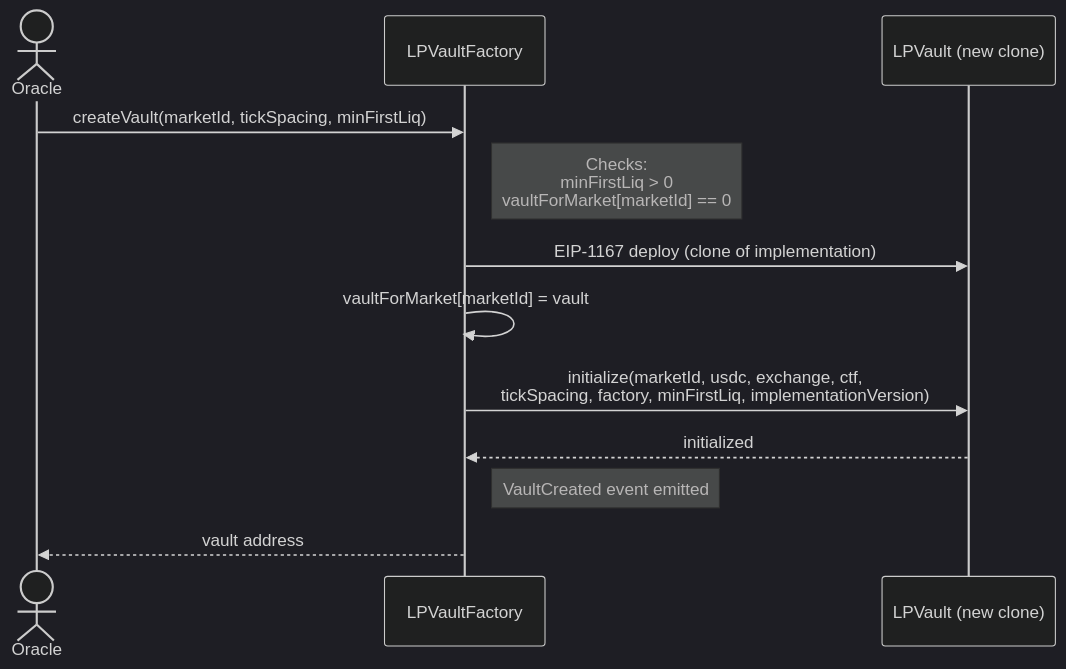
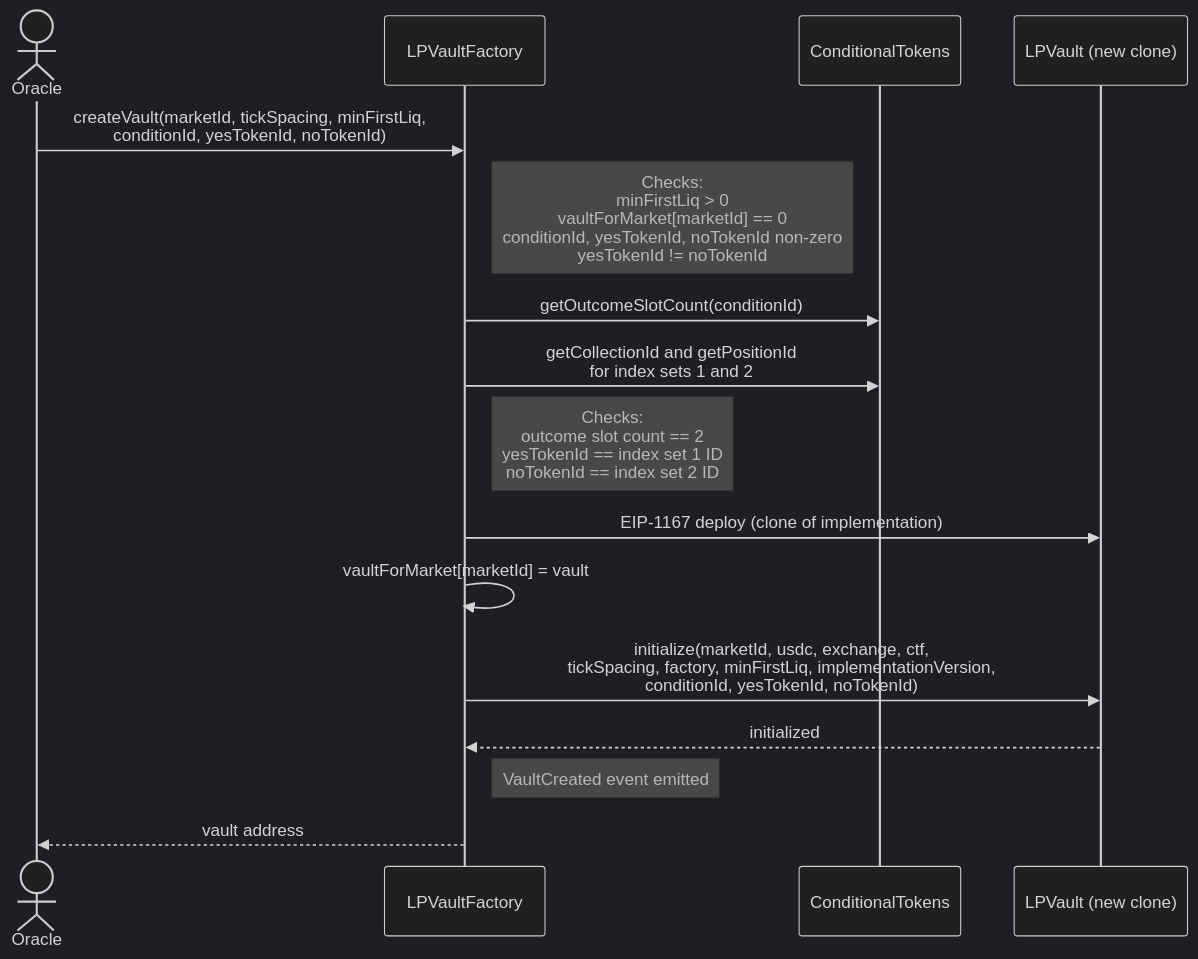
Before and after one commit to ProphetMarket/lp-vaults: the second of 26 diagrams in REFERENCE.md, drawn with Mermaid (dark theme). The commit also changed other lines of this file and 3 other files, not shown here.

First line of the commit message:
chore (vault): Document the token identity and update the plan for R2

````diff
--- a/REFERENCE.md
+++ b/REFERENCE.md
@@ -83,15 +89,19 @@
 ```mermaid
 sequenceDiagram
     actor Oracle
     participant Factory as LPVaultFactory
+    participant CT as ConditionalTokens
     participant Vault as LPVault (new clone)
 
-    Oracle->>Factory: createVault(marketId, tickSpacing, minFirstLiq)
-    Note right of Factory: Checks:<br/>minFirstLiq > 0<br/>vaultForMarket[marketId] == 0
+    Oracle->>Factory: createVault(marketId, tickSpacing, minFirstLiq,<br/>conditionId, yesTokenId, noTokenId)
+    Note right of Factory: Checks:<br/>minFirstLiq > 0<br/>vaultForMarket[marketId] == 0<br/>conditionId, yesTokenId, noTokenId non-zero<br/>yesTokenId != noTokenId
+    Factory->>CT: getOutcomeSlotCount(conditionId)
+    Factory->>CT: getCollectionId and getPositionId<br/>for index sets 1 and 2
+    Note right of Factory: Checks:<br/>outcome slot count == 2<br/>yesTokenId == index set 1 ID<br/>noTokenId == index set 2 ID
     Factory->>Vault: EIP-1167 deploy (clone of implementation)
     Factory->>Factory: vaultForMarket[marketId] = vault
-    Factory->>Vault: initialize(marketId, usdc, exchange, ctf,<br/>tickSpacing, factory, minFirstLiq, implementationVersion)
+    Factory->>Vault: initialize(marketId, usdc, exchange, ctf,<br/>tickSpacing, factory, minFirstLiq, implementationVersion,<br/>conditionId, yesTokenId, noTokenId)
     Vault-->>Factory: initialized
     Note right of Factory: VaultCreated event emitted
     Factory-->>Oracle: vault address
 ```
````
